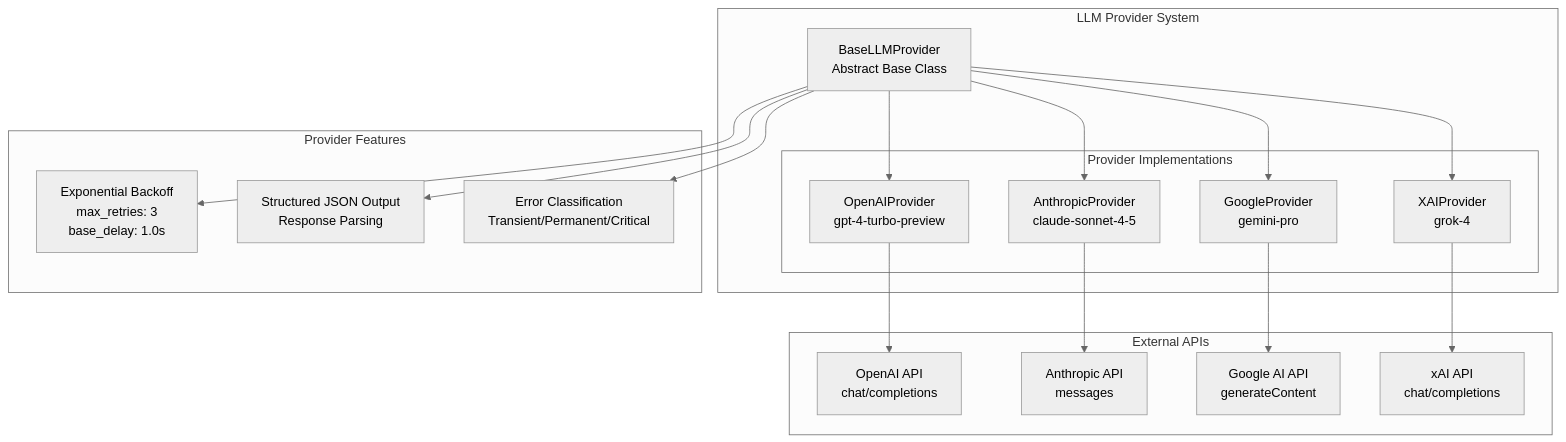
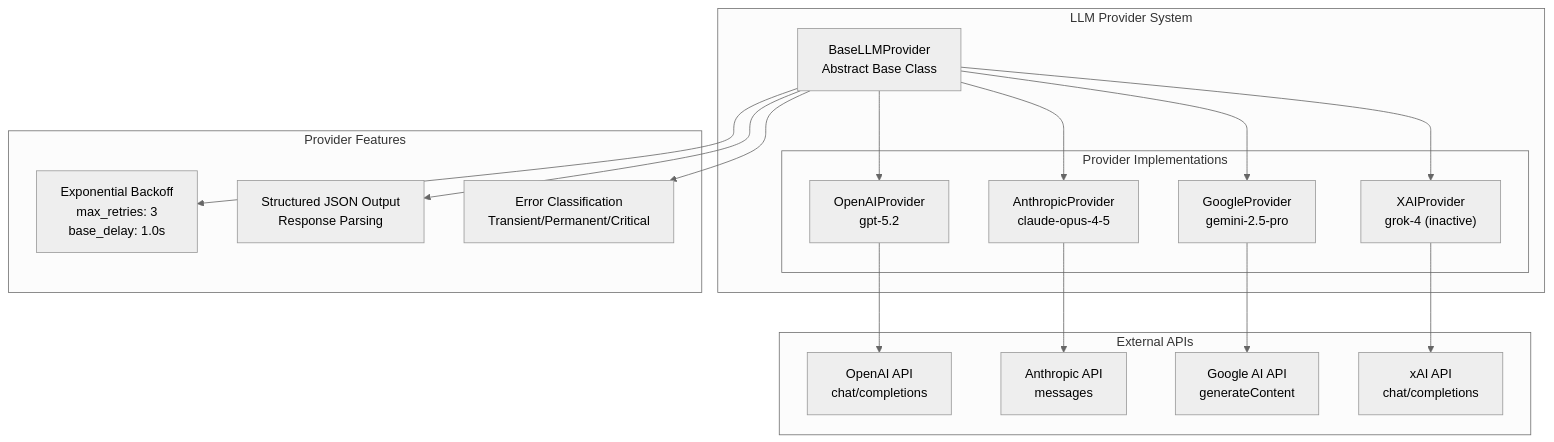
Before and after one commit to gioe/aiq: the sixth of 15 diagrams in question-service/docs/ARCHITECTURE.md, drawn with Mermaid (neutral theme). The commit also changed other lines of this file and 1 other file, not shown here.

Commit message:
[TASK-150] update PERFORMANCE.md and ARCHITECTURE.md: reflect 3-provider judge setup

````diff
--- a/question-service/docs/ARCHITECTURE.md
+++ b/question-service/docs/ARCHITECTURE.md
@@ -378,40 +378,40 @@
 ```mermaid
 flowchart TB
     subgraph Providers["LLM Provider System"]
         BASE["BaseLLMProvider<br/>Abstract Base Class"]
 
         subgraph Implementations["Provider Implementations"]
-            OPENAI["OpenAIProvider<br/>gpt-4-turbo-preview"]
-            ANTHROPIC["AnthropicProvider<br/>claude-sonnet-4-5"]
-            GOOGLE["GoogleProvider<br/>gemini-pro"]
-            XAI["XAIProvider<br/>grok-4"]
+            OPENAI["OpenAIProvider<br/>gpt-5.2"]
+            ANTHROPIC["AnthropicProvider<br/>claude-opus-4-5"]
+            GOOGLE["GoogleProvider<br/>gemini-2.5-pro"]
+            XAI["XAIProvider<br/>grok-4 (inactive)"]
         end
 
         BASE --> OPENAI
         BASE --> ANTHROPIC
         BASE --> GOOGLE
         BASE --> XAI
     end
 
     subgraph Features["Provider Features"]
         RETRY["Exponential Backoff<br/>max_retries: 3<br/>base_delay: 1.0s"]
         JSON["Structured JSON Output<br/>Response Parsing"]
         ERROR["Error Classification<br/>Transient/Permanent/Critical"]
     end
 
     BASE --> RETRY
     BASE --> JSON
     BASE --> ERROR
 
     subgraph APIs["External APIs"]
         OPENAI_API["OpenAI API<br/>chat/completions"]
         ANTHROPIC_API["Anthropic API<br/>messages"]
         GOOGLE_API["Google AI API<br/>generateContent"]
         XAI_API["xAI API<br/>chat/completions"]
     end
 
     OPENAI --> OPENAI_API
     ANTHROPIC --> ANTHROPIC_API
     GOOGLE --> GOOGLE_API
     XAI --> XAI_API
 ```
````
